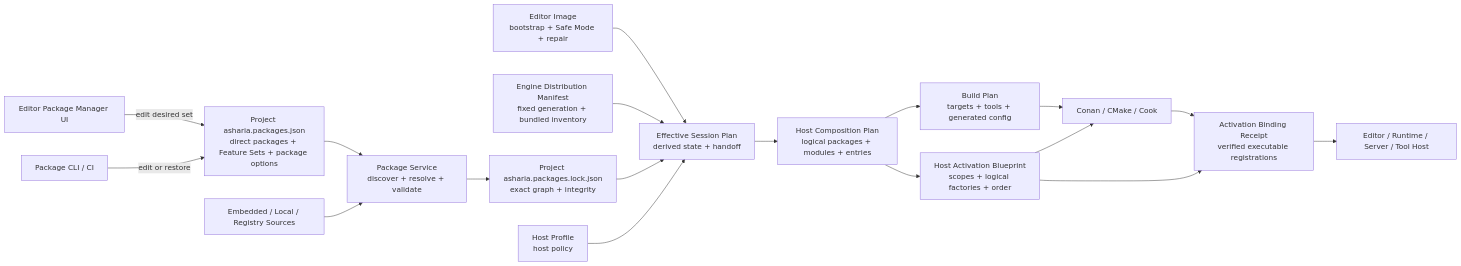
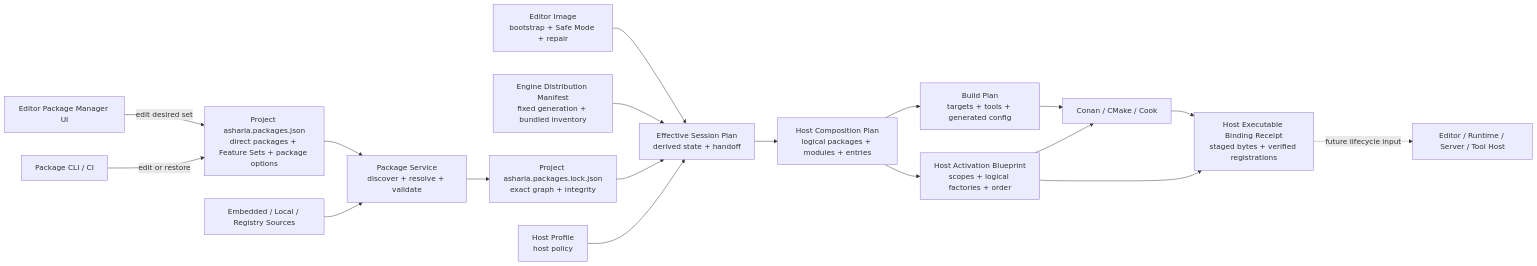
The first of 5 diagrams in docs/planning/system-architecture-roadmap.md (66six11/Engine), drawn with Mermaid before and after one commit. The commit also changed other lines of this file and 48 other files, not shown here.

Commit message:
feat: verify host executable bindings

````diff
--- a/docs/planning/system-architecture-roadmap.md
+++ b/docs/planning/system-architecture-roadmap.md
@@ -292,37 +292,37 @@
 ```mermaid
 flowchart LR
     EditorUI["Editor Package Manager UI"]
     CLI["Package CLI / CI"]
     Image["Editor Image<br/>bootstrap + Safe Mode + repair"]
     Distribution["Engine Distribution Manifest<br/>fixed generation + bundled inventory"]
     Manifest["Project asharia.packages.json<br/>direct packages + Feature Sets + package options"]
     Sources["Embedded / Local / Registry Sources"]
     Service["Package Service<br/>discover + resolve + validate"]
     Lock["Project asharia.packages.lock.json<br/>exact graph + integrity"]
     Profile["Host Profile<br/>host policy"]
     Session["Effective Session Plan<br/>derived state + handoff"]
     Composition["Host Composition Plan<br/>logical packages + modules + entries"]
     BuildPlan["Build Plan<br/>targets + tools + generated config"]
     Blueprint["Host Activation Blueprint<br/>scopes + logical factories + order"]
-    Binding["Activation Binding Receipt<br/>verified executable registrations"]
+    Binding["Host Executable Binding Receipt<br/>staged bytes + verified registrations"]
     Build["Conan / CMake / Cook"]
     Host["Editor / Runtime / Server / Tool Host"]
 
     EditorUI -->|"edit desired set"| Manifest
     CLI -->|"edit or restore"| Manifest
     Manifest --> Service
     Sources --> Service
     Service --> Lock
     Image --> Session
     Distribution --> Session
     Lock --> Session
     Profile --> Session
     Session --> Composition
     Composition --> BuildPlan
     Composition --> Blueprint
     BuildPlan --> Build
     Blueprint --> Build
     Build --> Binding
     Blueprint --> Binding
-    Binding --> Host
+    Binding -.->|"future lifecycle input"| Host
 ```
````
